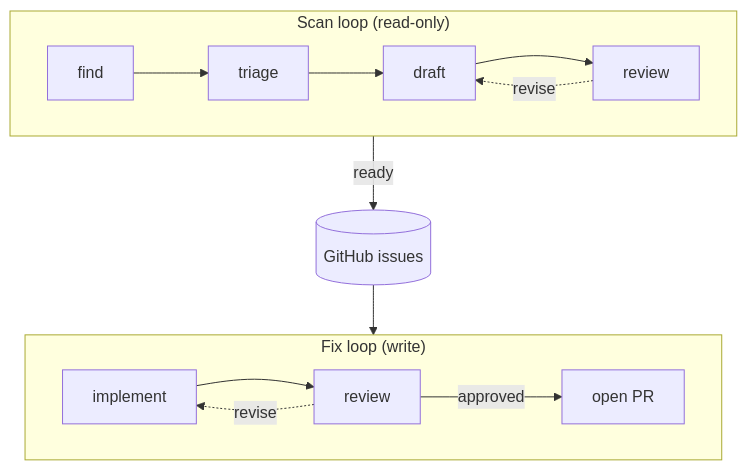
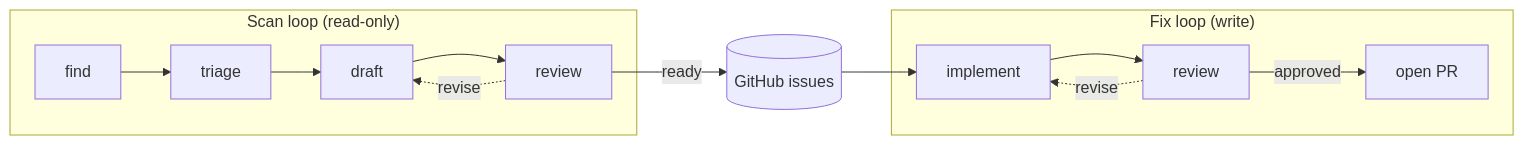
Before and after one commit to ooloth/vitals: the diagram in README.md, drawn with Mermaid.

Commit message:
docs: switch diagram to LR for reliable horizontal loop layout

````diff
--- a/README.md
+++ b/README.md
@@ -11,16 +11,14 @@
 ```mermaid
-flowchart TB
+flowchart LR
     subgraph scan["Scan loop (read-only)"]
-        direction LR
         S1[find] --> S2[triage] --> S3[draft] --> S4[review]
+        S4 -.->|revise| S3
     end
-    S4 -.->|revise| S3
     S4 -->|ready| issues[(GitHub issues)]
     issues --> F1
     subgraph fix["Fix loop (write)"]
-        direction LR
         F1[implement] --> F2[review]
+        F2 -.->|revise| F1
         F2 -->|approved| F3[open PR]
     end
-    F2 -.->|revise| F1
 ```
````
